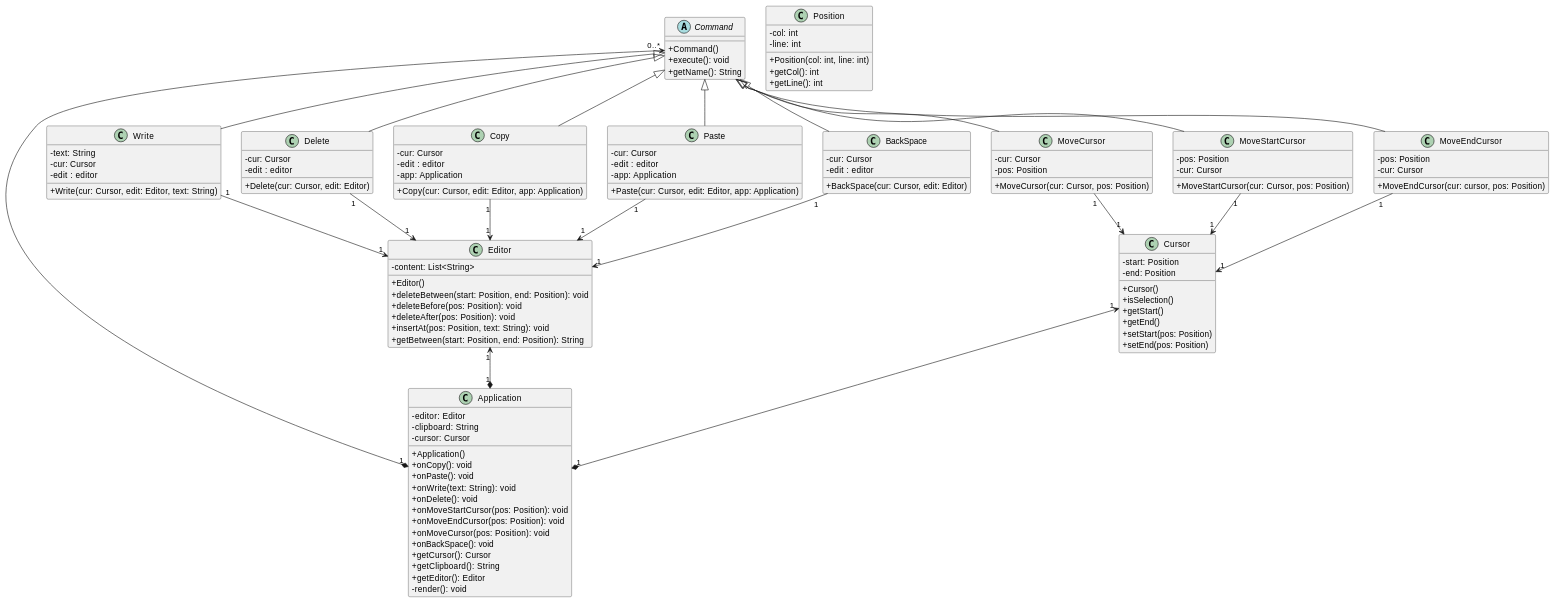
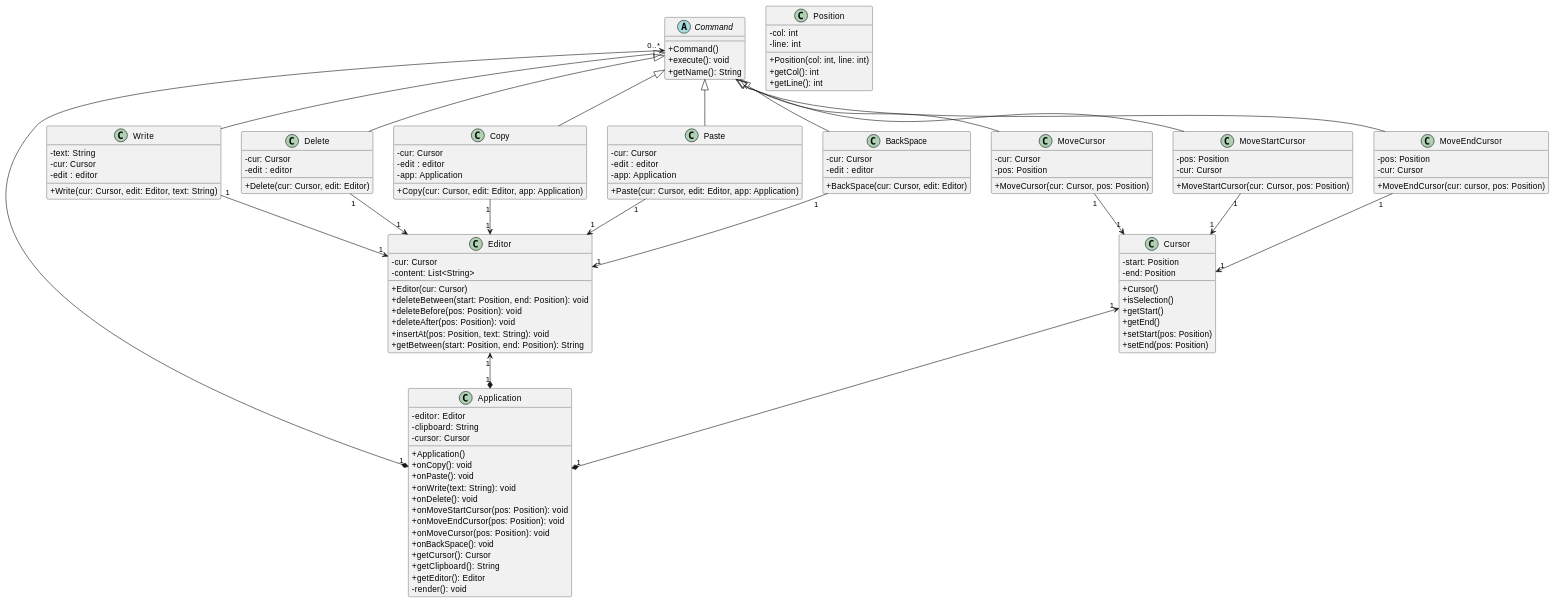
One commit to CodyAdam/another-useless-text-editor changed the first of 6 diagrams in README.md. Above: the diagram before and after it, drawn with PlantUML. The commit also changed other lines of this file and 5 other files, not shown here.

```diff
--- a/README.md
+++ b/README.md
@@ -38,8 +38,9 @@
 @startuml
 skinparam classAttributeIconSize 0
     class Editor {
+        -cur: Cursor
         -content: List<String>
-        +Editor()
+        +Editor(cur: Cursor)
         +deleteBetween(start: Position, end: Position): void
         +deleteBefore(pos: Position): void
         +deleteAfter(pos: Position): void
```
